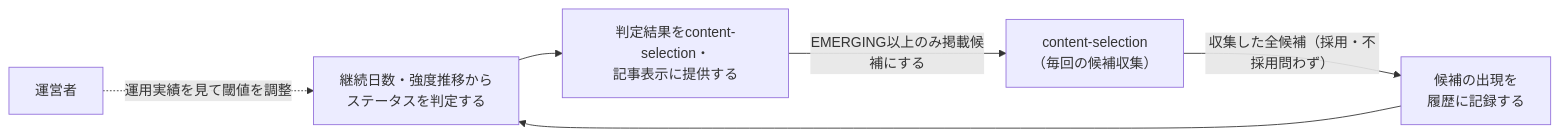
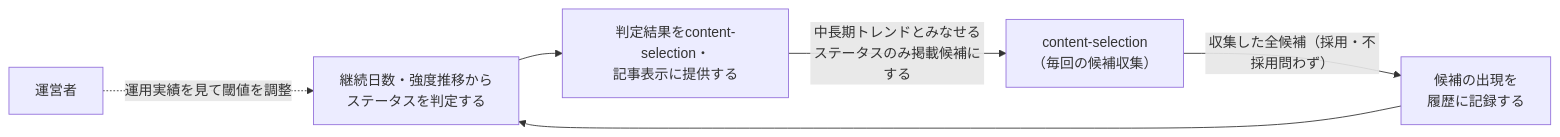
The diagram in specs/trend-digest/trend-history/requirements.md (zakiyama0108/benriyatool), drawn with Mermaid before and after one commit. The commit also changed other lines of this file and 4 other files, not shown here.

````diff
--- a/specs/trend-digest/trend-history/requirements.md
+++ b/specs/trend-digest/trend-history/requirements.md
@@ -19,14 +19,14 @@
 ```mermaid
 flowchart LR
     operator["運営者"]
     contentSelection["content-selection<br>（毎回の候補収集）"]
     recordHistory["候補の出現を<br>履歴に記録する"]
     computeStatus["継続日数・強度推移から<br>ステータスを判定する"]
     provideStatus["判定結果をcontent-selection・<br>記事表示に提供する"]
 
     contentSelection -->|収集した全候補（採用・不採用問わず）| recordHistory
     recordHistory --> computeStatus
     computeStatus --> provideStatus
-    provideStatus -->|EMERGING以上のみ掲載候補にする| contentSelection
+    provideStatus -->|中長期トレンドとみなせるステータスのみ掲載候補にする| contentSelection
     operator -.->|運用実績を見て閾値を調整| computeStatus
 ```
````
